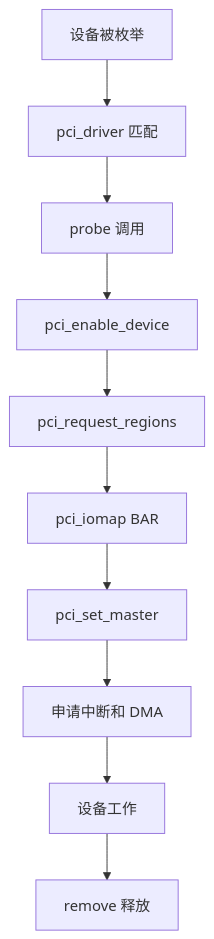
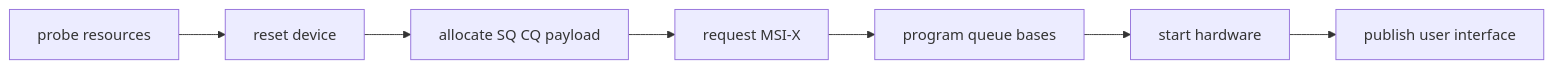
The diagram in docs/articles/pcie/pci-08-pcie-device-driver-practice.md (cdragon-ljl/EEandEdgeAI), drawn with Mermaid before and after one commit. The commit also changed other lines of this file and 3 other files, not shown here.

````diff
--- a/docs/articles/pcie/pci-08-pcie-device-driver-practice.md
+++ b/docs/articles/pcie/pci-08-pcie-device-driver-practice.md
@@ -28,12 +41,9 @@
 ```mermaid
-flowchart TD
-    A[设备被枚举] --> B[pci_driver 匹配]
-    B --> C[probe 调用]
-    C --> D[pci_enable_device]
-    D --> E[pci_request_regions]
-    E --> F[pci_iomap BAR]
-    F --> G[pci_set_master]
-    G --> H[申请中断和 DMA]
-    H --> I[设备工作]
-    I --> J[remove 释放]
+flowchart LR
+    P[probe resources] --> R[reset device]
+    R --> Q[allocate SQ CQ payload]
+    Q --> I[request MSI-X]
+    I --> H[program queue bases]
+    H --> S[start hardware]
+    S --> U[publish user interface]
 ```
````
